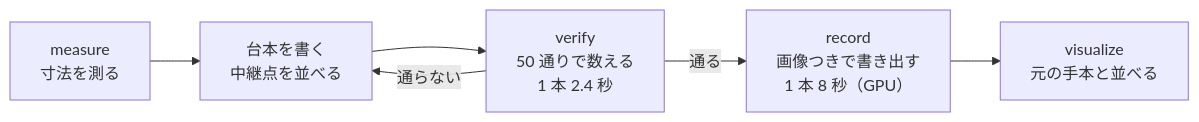
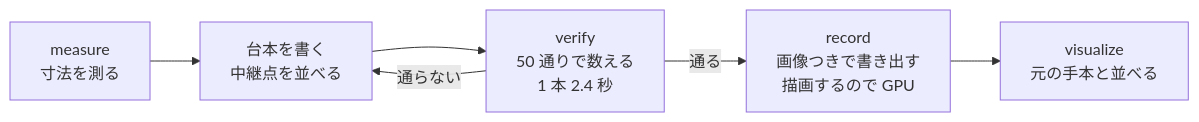
The first of 2 diagrams in docs/strategy/06_scripted_demos.md (siruku6/PARC2026_pre), drawn with Mermaid before and after one commit. The commit also changed other lines of this file and 3 other files, not shown here.

````diff
--- a/docs/strategy/06_scripted_demos.md
+++ b/docs/strategy/06_scripted_demos.md
@@ -69,8 +76,8 @@
 ```mermaid
 flowchart LR
     M["measure<br/>寸法を測る"] --> W["台本を書く<br/>中継点を並べる"]
     W --> V["verify<br/>50 通りで数える<br/>1 本 2.4 秒"]
     V -->|"通らない"| W
-    V -->|"通る"| R["record<br/>画像つきで書き出す<br/>1 本 8 秒（GPU）"]
+    V -->|"通る"| R["record<br/>画像つきで書き出す<br/>描画するので GPU"]
     R --> Z["visualize<br/>元の手本と並べる"]
 ```
````
